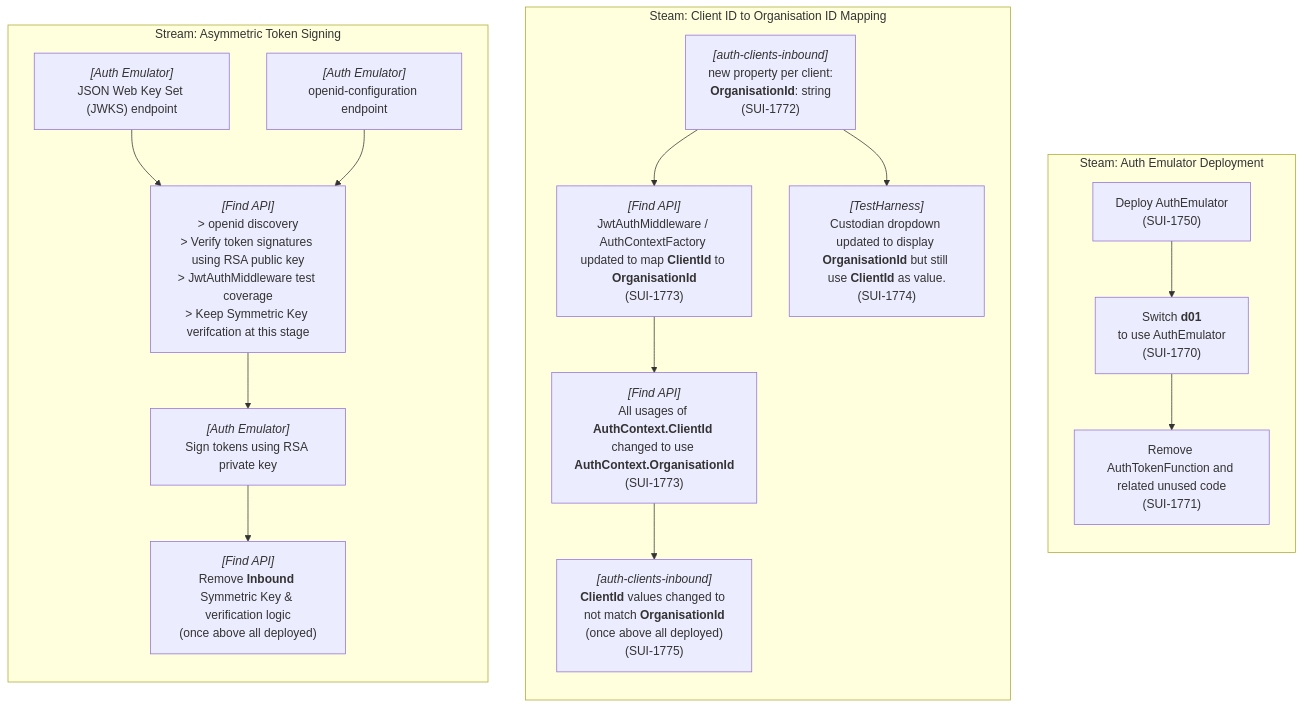
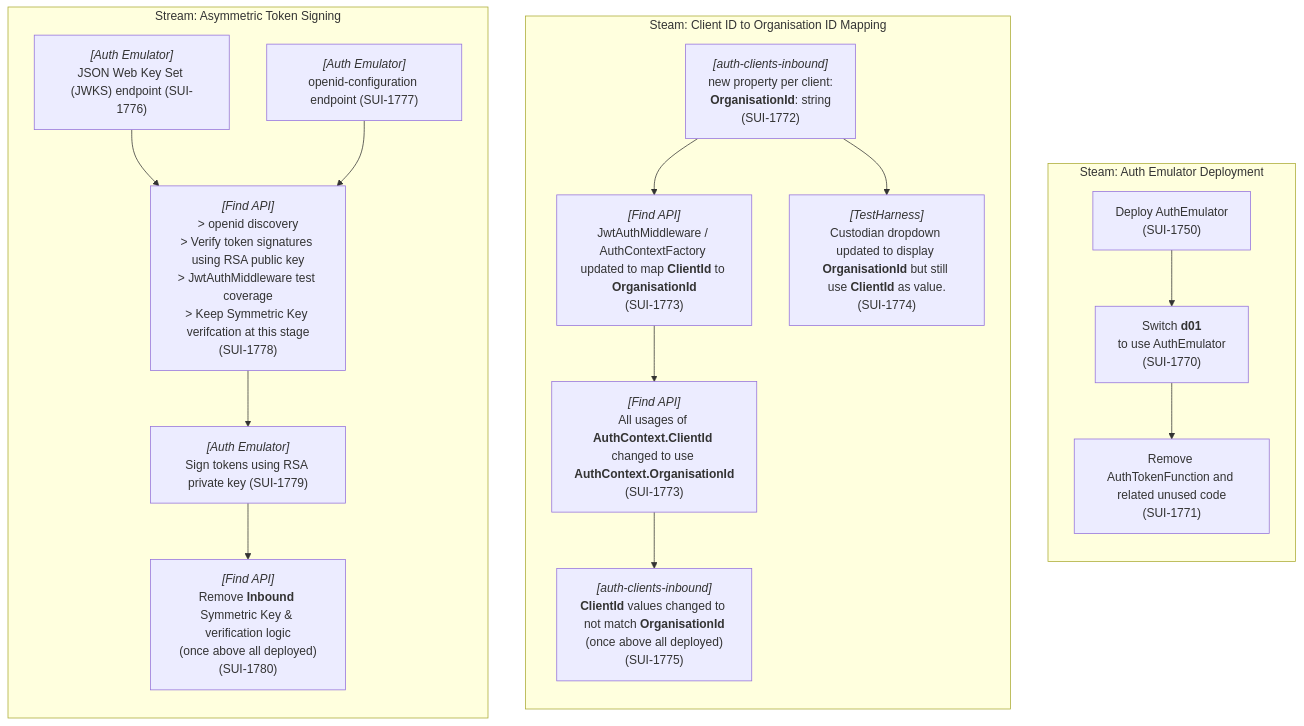
One commit to DFE-Digital/single-unique-identifier changed the third of 3 diagrams in Docs/Design/Authentication/GenericAuthModel.md. Above: the diagram before and after it, drawn with Mermaid. The commit also changed other lines of this file, not shown here.

Commit message:
docs(AuthEvolution): SUI-1607 - finished creating tickets (some are placeholders)

````diff
--- a/Docs/Design/Authentication/GenericAuthModel.md
+++ b/Docs/Design/Authentication/GenericAuthModel.md
@@ -168,81 +166,79 @@
 ```mermaid
 flowchart
     subgraph DeployAuthEmulator ["Steam: Auth Emulator Deployment"]
         direction TB
 
         deployAuthEmulator["`Deploy AuthEmulator
             (SUI-1750)`"]
 
         authEmulatorSwitchD01["`Switch **d01**
             to use AuthEmulator
             (SUI-1770)`"]
 
         removeAuthTokenFunction["`Remove AuthTokenFunction and related unused code
             (SUI-1771)`"]
 
         deployAuthEmulator --> authEmulatorSwitchD01 --> removeAuthTokenFunction
     end
 
     subgraph StreamClientIDs ["Steam: Client ID to Organisation ID Mapping"]
         direction TB
 
         newProp["`_[auth-clients-inbound]_
             new property per client:
             **OrganisationId**: string
             (SUI-1772)`"]
 
         mapNewProp["`_[Find API]_
             JwtAuthMiddleware / AuthContextFactory updated to map **ClientId** to **OrganisationId**
             (SUI-1773)`"]
 
         useNewProp["`_[Find API]_
             All usages of **AuthContext.ClientId** changed to use **AuthContext.OrganisationId**
             (SUI-1773)`"]
 
         updateTestHarness["`_[TestHarness]_
             Custodian dropdown updated to display **OrganisationId** but still use **ClientId** as value.
             (SUI-1774)`"]
 
         updateClientIdValues["`_[auth-clients-inbound]_
             **ClientId** values changed to not match **OrganisationId**
             (once above all deployed)
             (SUI-1775)`"]
 
         newProp --> mapNewProp --> useNewProp--> updateClientIdValues
 
         newProp --> updateTestHarness
     end
 
     subgraph StreamAsymmetric ["Stream: Asymmetric Token Signing"]
         direction TB
 
-        %% rs-todo: Create ticket inc: returns the JSON Web Key Set (JWKS) of all the current keys; Should return the public key only!; Keys should rotate over time
         JWKSEndpoint["`_[Auth Emulator]_
-            JSON Web Key Set (JWKS) endpoint`"]
+            JSON Web Key Set (JWKS) endpoint (SUI-1776)`"]
 
-        %% rs-todo: Create ticket: inc: As a minimum, should return all of the required values as specified in: https://openid.net/specs/openid-connect-discovery-1_0.html#ProviderConfig
         OIDCConfigEndpoint["`_[Auth Emulator]_
-            openid-configuration endpoint`"]
+            openid-configuration endpoint (SUI-1777)`"]
 
         RSAVerify["`_[Find API]_
             > openid discovery
             > Verify token signatures using RSA public key
             > JwtAuthMiddleware test coverage
-            > Keep Symmetric Key verifcation at this stage`"]
+            > Keep Symmetric Key verifcation at this stage
+            (SUI-1778)`"]
 
-        %% rs-todo: Create ticket including details about using RSA AsymmetricSecurityKey
         SignWithRSA["`_[Auth Emulator]_
-            Sign tokens using RSA private key`"]
+            Sign tokens using RSA private key (SUI-1779)`"]
 
-        %% rs-todo: Create ticket including auth-clients-inbound issuer, audience and defaultTokenLifetimeMinutes should be moved to Auth Emulator
         RemoveInboundSymmetricKey["`_[Find API]_
             Remove **Inbound** Symmetric Key & verification logic
-            (once above all deployed)`"]
+            (once above all deployed)
+            (SUI-1780)`"]
 
         JWKSEndpoint --> RSAVerify
 
         OIDCConfigEndpoint --> RSAVerify
 
         RSAVerify --> SignWithRSA --> RemoveInboundSymmetricKey
     end
 ```
````
